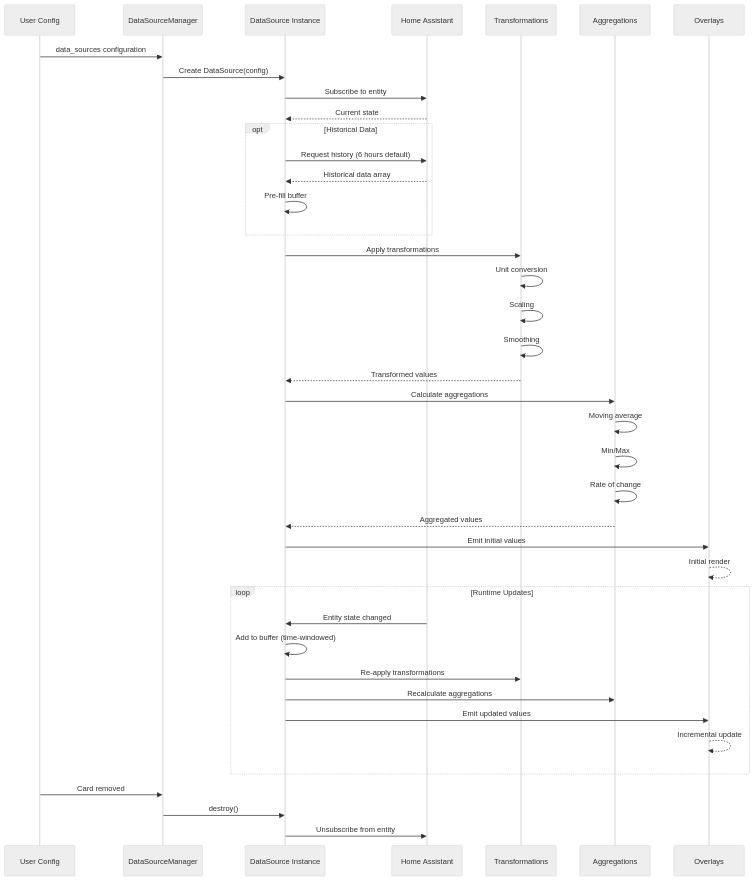
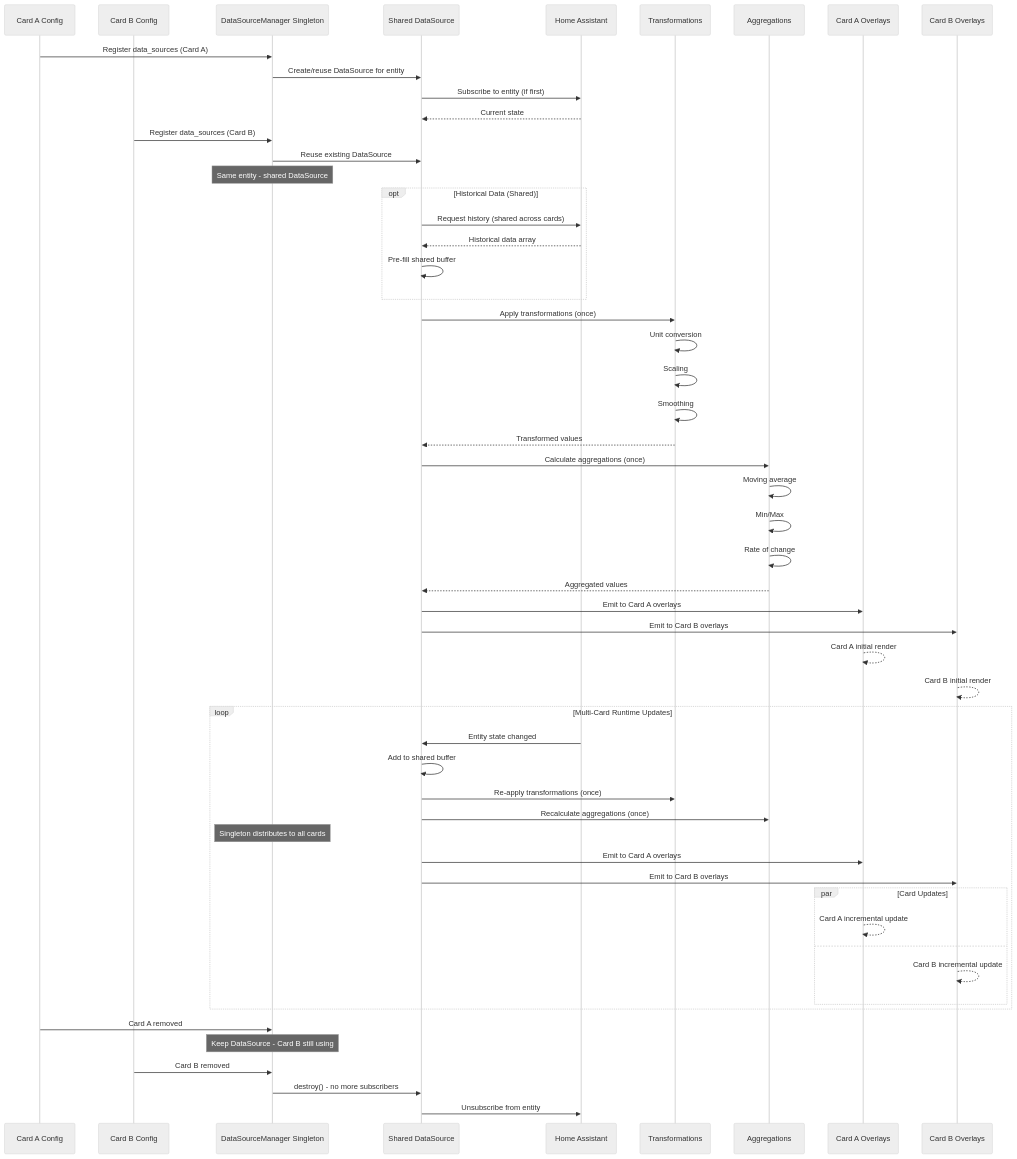
One commit to solhuebner/lcards changed the eighth of 14 diagrams in doc/architecture/MSD flow.md. Above: the diagram before and after it, drawn with Mermaid (neutral theme). The commit also changed other lines of this file and 15 other files, not shown here.

First line of the commit message:
feat: Refactor architecture to support singleton systems across LCARdS components

````diff
--- a/doc/architecture/MSD flow.md
+++ b/doc/architecture/MSD flow.md
@@ -411,49 +493,70 @@
 ```mermaid
 sequenceDiagram
-    participant Config as User Config
-    participant DSM as DataSourceManager
-    participant DS as DataSource Instance
+    participant CardA as Card A Config
+    participant CardB as Card B Config
+    participant DSM as DataSourceManager Singleton
+    participant DS as Shared DataSource
     participant HA as Home Assistant
     participant Transform as Transformations
     participant Agg as Aggregations
-    participant Overlay as Overlays
+    participant OverlayA as Card A Overlays
+    participant OverlayB as Card B Overlays
 
-    Config->>DSM: data_sources configuration
-    DSM->>DS: Create DataSource(config)
-    DS->>HA: Subscribe to entity
+    %% Card A registration
+    CardA->>DSM: Register data_sources (Card A)
+    DSM->>DS: Create/reuse DataSource for entity
+    DS->>HA: Subscribe to entity (if first)
     HA-->>DS: Current state
 
-    opt Historical Data
-        DS->>HA: Request history (6 hours default)
+    %% Card B registration (same entity)
+    CardB->>DSM: Register data_sources (Card B)
+    DSM->>DS: Reuse existing DataSource
+    Note over DSM: Same entity - shared DataSource
+
+    opt Historical Data (Shared)
+        DS->>HA: Request history (shared across cards)
         HA-->>DS: Historical data array
-        DS->>DS: Pre-fill buffer
+        DS->>DS: Pre-fill shared buffer
     end
 
-    DS->>Transform: Apply transformations
+    DS->>Transform: Apply transformations (once)
     Transform->>Transform: Unit conversion
     Transform->>Transform: Scaling
     Transform->>Transform: Smoothing
     Transform-->>DS: Transformed values
 
-    DS->>Agg: Calculate aggregations
+    DS->>Agg: Calculate aggregations (once)
     Agg->>Agg: Moving average
     Agg->>Agg: Min/Max
     Agg->>Agg: Rate of change
     Agg-->>DS: Aggregated values
 
-    DS->>Overlay: Emit initial values
-    Overlay-->>Overlay: Initial render
+    %% Distribute to both cards
+    DS->>OverlayA: Emit to Card A overlays
+    DS->>OverlayB: Emit to Card B overlays
+    OverlayA-->>OverlayA: Card A initial render
+    OverlayB-->>OverlayB: Card B initial render
 
-    loop Runtime Updates
+    loop Multi-Card Runtime Updates
         HA->>DS: Entity state changed
-        DS->>DS: Add to buffer (time-windowed)
-        DS->>Transform: Re-apply transformations
-        DS->>Agg: Recalculate aggregations
-        DS->>Overlay: Emit updated values
-        Overlay-->>Overlay: Incremental update
+        DS->>DS: Add to shared buffer
+        DS->>Transform: Re-apply transformations (once)
+        DS->>Agg: Recalculate aggregations (once)
+
+        Note over DSM: Singleton distributes to all cards
+        DS->>OverlayA: Emit to Card A overlays
+        DS->>OverlayB: Emit to Card B overlays
+
+        par Card Updates
+            OverlayA-->>OverlayA: Card A incremental update
+        and
+            OverlayB-->>OverlayB: Card B incremental update
+        end
     end
 
-    Config->>DSM: Card removed
-    DSM->>DS: destroy()
+    CardA->>DSM: Card A removed
+    Note over DSM: Keep DataSource - Card B still using
+    CardB->>DSM: Card B removed
+    DSM->>DS: destroy() - no more subscribers
     DS->>HA: Unsubscribe from entity
 ```
````
